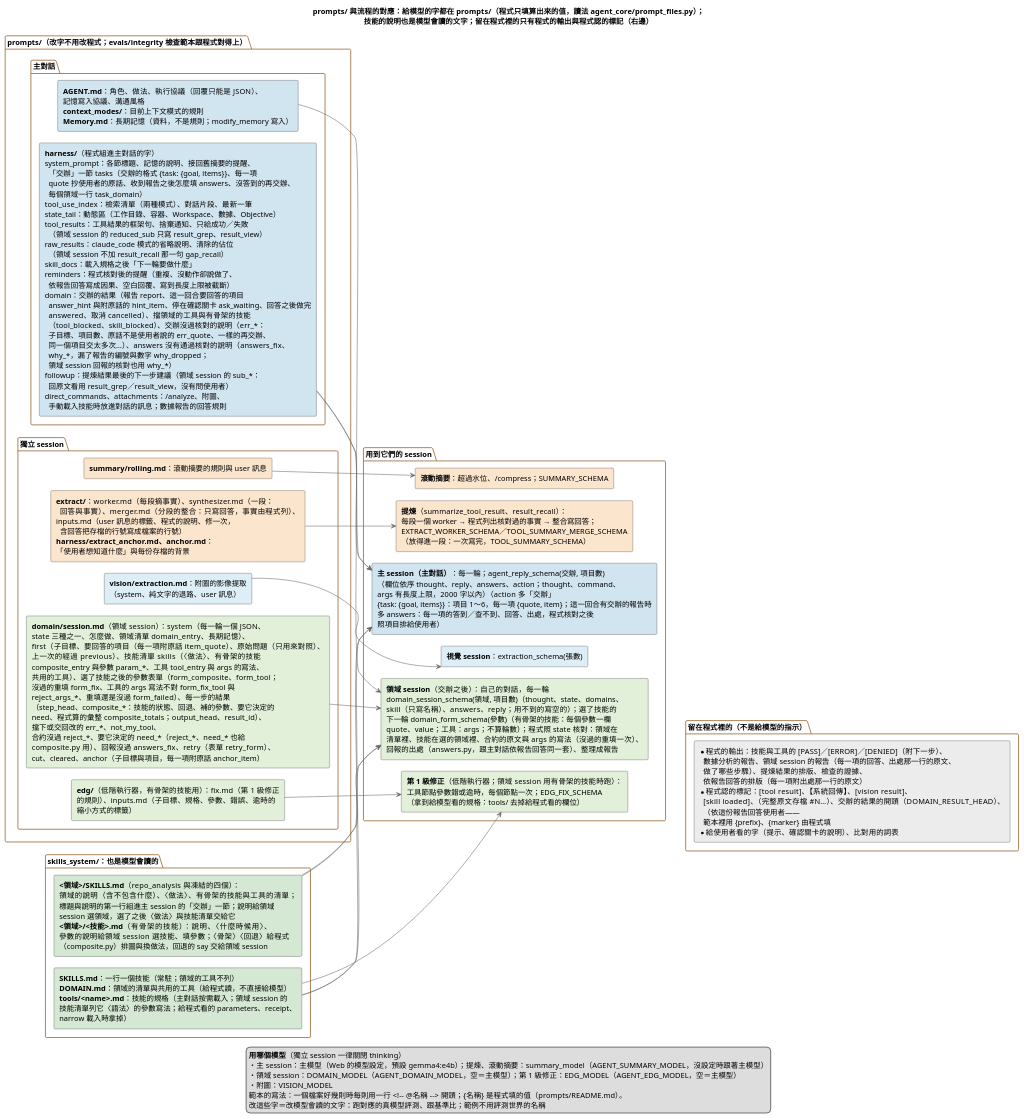
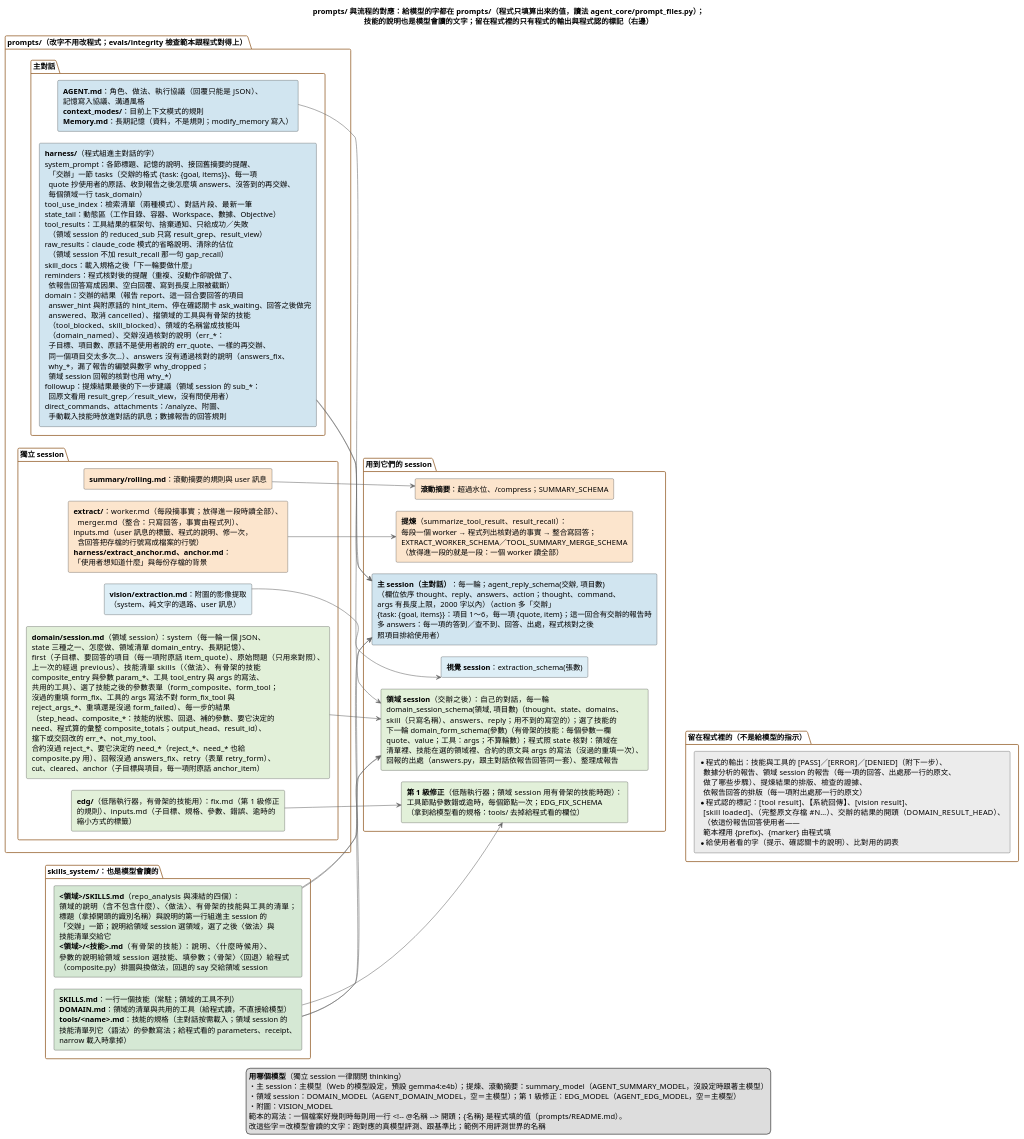
Before and after one commit to DavidZox/Coding_agnet: the diagram in doc/diagrams/prompts與流程的對應.puml, drawn with PlantUML. The commit also changed 21 other files, not shown here.

```diff
--- a/doc/diagrams/prompts與流程的對應.puml
+++ b/doc/diagrams/prompts與流程的對應.puml
@@ -1,184 +1,186 @@
 @startuml
 ' --- 樣式精準控制 ---
 skinparam shadowing false
 skinparam defaultFontName "Microsoft JhengHei"
 skinparam RectangleWidthMax 440
 skinparam PackageBorderColor #996633
 skinparam ArrowColor #666666
 skinparam ranksep 70
 skinparam nodesep 22
 left to right direction
 
 title prompts/ 與流程的對應：給模型的字都在 prompts/（程式只填算出來的值，讀法 agent_core/prompt_files.py）；\n技能的說明也是模型會讀的文字；留在程式裡的只有程式的輸出與程式認的標記（右邊）
 
 package "prompts/（改字不用改程式；evals/integrity 檢查範本跟程式對得上）" {
   package "主對話" {
     rectangle P_AGENT #D1E5F0 [
       **AGENT.md**：角色、做法、執行協議（回覆只能是 JSON）、
       記憶寫入協議、溝通風格
       **context_modes/**：目前上下文模式的規則
       **Memory.md**：長期記憶（資料，不是規則；modify_memory 寫入）
     ]
     rectangle P_HARNESS #D1E5F0 [
       **harness/**（程式組進主對話的字）
       system_prompt：各節標題、記憶的說明、接回舊摘要的提醒、
         「交辦」一節 tasks（交辦的格式 {task: {goal, items}}、每一項
         quote 抄使用者的原話、收到報告之後怎麼填 answers、沒答到的再交辦、
         每個領域一行 task_domain）
       tool_use_index：檢索清單（兩種模式）、對話片段、最新一筆
       state_tail：動態區（工作目錄、容器、Workspace、數據、Objective）
       tool_results：工具結果的框架句、捨棄通知、只給成功／失敗
         （領域 session 的 reduced_sub 只寫 result_grep、result_view）
       raw_results：claude_code 模式的省略說明、清除的佔位
         （領域 session 不加 result_recall 那一句 gap_recall）
       skill_docs：載入規格之後「下一輪要做什麼」
       reminders：程式核對後的提醒（重複、沒動作卻說做了、
         依報告回答寫成因果、空白回覆、寫到長度上限被截斷）
       domain：交辦的結果（報告 report、這一回合要回答的項目
         answer_hint 與附原話的 hint_item、停在確認關卡 ask_waiting、回答之後做完
         answered、取消 cancelled）、擋領域的工具與有骨架的技能
-        （tool_blocked、skill_blocked）、交辦沒過核對的說明（err_*：
+        （tool_blocked、skill_blocked）、領域的名稱當成技能叫
+        （domain_named）、交辦沒過核對的說明（err_*：
         子目標、項目數、原話不是使用者說的 err_quote、一樣的再交辦、
         同一個項目交太多次…）、answers 沒有通過核對的說明（answers_fix、
         why_*，漏了報告的編號與數字 why_dropped；
         領域 session 回報的核對也用 why_*）
       followup：提煉結果最後的下一步建議（領域 session 的 sub_*：
         回原文看用 result_grep／result_view，沒有問使用者）
       direct_commands、attachments：/analyze、附圖、
         手動載入技能時放進對話的訊息；數據報告的回答規則
     ]
   }
   package "獨立 session" {
     rectangle P_SUMMARY #FCE5CD [
       **summary/rolling.md**：滾動摘要的規則與 user 訊息
     ]
     rectangle P_EXTRACT #FCE5CD [
-      **extract/**：worker.md（每段摘事實）、synthesizer.md（一段：
-        回答與事實）、merger.md（分段的整合：只寫回答，事實由程式列）、
+      **extract/**：worker.md（每段摘事實；放得進一段時讀全部）、
+        merger.md（整合：只寫回答，事實由程式列）、
       inputs.md（user 訊息的標籤、程式的說明、修一次，
         含回答把存檔的行號寫成檔案的行號）
       **harness/extract_anchor.md、anchor.md**：
       「使用者想知道什麼」與每份存檔的背景
     ]
     rectangle P_VISION #DDEEF6 [
       **vision/extraction.md**：附圖的影像提取
       （system、純文字的退路、user 訊息）
     ]
     rectangle P_EDG #E2F0D9 [
       **edg/**（低階執行器，有骨架的技能用）：fix.md（第 1 級修正
       的規則）、inputs.md（子目標、規格、參數、錯誤、逾時的
       縮小方式的標籤）
     ]
     rectangle P_DOMAIN #E2F0D9 [
       **domain/session.md**（領域 session）：system（每一輪一個 JSON、
       state 三種之一、怎麼做、領域清單 domain_entry、長期記憶）、
       first（子目標、要回答的項目（每一項附原話 item_quote）、原始問題（只用來對照）、
       上一次的經過 previous）、技能清單 skills（〈做法〉、有骨架的技能
       composite_entry 與參數 param_*、工具 tool_entry 與 args 的寫法、
       共用的工具）、選了技能之後的參數表單（form_composite、form_tool；
       沒過的重填 form_fix、工具的 args 寫法不對 form_fix_tool 與
       reject_args_*、重填還是沒過 form_failed）、每一步的結果
       （step_head、composite_*：技能的狀態、回退、補的參數、要它決定的
       need、程式算的彙整 composite_totals；output_head、result_id）、
       擋下或交回改的 err_*、not_my_tool、
       合約沒過 reject_*、要它決定的 need_*（reject_*、need_* 也給
       composite.py 用）、回報沒過 answers_fix、retry（表單 retry_form）、
       cut、cleared、anchor（子目標與項目，每一項附原話 anchor_item）
     ]
   }
 }
 
 package "skills_system/：也是模型會讀的" {
   rectangle K_ALL #D5E8D4 [
     **SKILLS.md**：一行一個技能（常駐；領域的工具不列）
     **DOMAIN.md**：領域的清單與共用的工具（給程式讀，不直接給模型）
     **tools/<name>.md**：技能的規格（主對話按需載入；領域 session 的
     技能清單列它〈語法〉的參數寫法；給程式看的 parameters、receipt、
     narrow 載入時拿掉）
   ]
   rectangle K_DOMAIN #D5E8D4 [
     **<領域>/SKILLS.md**（repo_analysis 與凍結的四個）：
     領域的說明（含不包含什麼）、〈做法〉、有骨架的技能與工具的清單；
-    標題與說明的第一行組進主 session 的「交辦」一節；說明給領域
-    session 選領域，選了之後〈做法〉與技能清單交給它
+    標題（拿掉開頭的識別名稱）與說明的第一行組進主 session 的
+    「交辦」一節；說明給領域 session 選領域，選了之後〈做法〉與
+    技能清單交給它
     **<領域>/<技能>.md**（有骨架的技能）：說明、〈什麼時候用〉、
     參數的說明給領域 session 選技能、填參數；〈骨架〉〈回退〉給程式
     （composite.py）排圖與換做法，回退的 say 交給領域 session
   ]
 }
 
 package "用到它們的 session" {
   rectangle S_MAIN #D1E5F0 [
     **主 session（主對話）**：每一輪；agent_reply_schema(交辦, 項目數)
     （欄位依序 thought、reply、answers、action；thought、command、
     args 有長度上限，2000 字以內）（action 多「交辦」
     {task: {goal, items}}：項目 1～6，每一項 {quote, item}；這一回合有交辦的報告時
     多 answers：每一項的答到／查不到、回答、出處，程式核對之後
     照項目排給使用者）
   ]
   rectangle S_DOMAIN #E2F0D9 [
     **領域 session**（交辦之後）：自己的對話，每一輪
     domain_session_schema(領域, 項目數)（thought、state、domains、
     skill（只寫名稱）、answers、reply；用不到的寫空的）；選了技能的
     下一輪 domain_form_schema(參數)（有骨架的技能：每個參數一欄
     quote、value；工具：args；不算輪數）；程式照 state 核對：領域在
     清單裡、技能在選的領域裡、合約的原文與 args 的寫法（沒過的重填一次）、
     回報的出處（answers.py，跟主對話依報告回答同一套）、整理成報告
   ]
   rectangle S_SUMMARY #FCE5CD [
     **滾動摘要**：超過水位、/compress；SUMMARY_SCHEMA
   ]
   rectangle S_EXTRACT #FCE5CD [
     **提煉**（summarize_tool_result、result_recall）：
     每段一個 worker → 程式列出核對過的事實 → 整合寫回答；
     EXTRACT_WORKER_SCHEMA／TOOL_SUMMARY_MERGE_SCHEMA
-    （放得進一段：一次寫完，TOOL_SUMMARY_SCHEMA）
+    （放得進一段的就是一段：一個 worker 讀全部）
   ]
   rectangle S_VISION #DDEEF6 [
     **視覺 session**：extraction_schema(張數)
   ]
   rectangle S_EDG #E2F0D9 [
     **第 1 級修正**（低階執行器；領域 session 用有骨架的技能時跑）：
     工具節點參數錯或逾時，每個節點一次；EDG_FIX_SCHEMA
     （拿到給模型看的規格：tools/ 去掉給程式看的欄位）
   ]
 }
 
 package "留在程式裡的（不是給模型的指示）" {
   rectangle C_LIST #ECECEC [
     * 程式的輸出：技能與工具的 [PASS]／[ERROR]／[DENIED]（附下一步）、
       數據分析的報告、領域 session 的報告（每一項的回答、出處那一行的原文、
       做了哪些步驟）、提煉結果的排版、檢查的證據、
       依報告回答的排版（每一項附出處那一行的原文）
     * 程式認的標記：[tool result]、【系統回傳】、[vision result]、
       [skill loaded]、（完整原文存檔 #N…）、交辦的結果的開頭（DOMAIN_RESULT_HEAD）、
       （依這份報告回答使用者——
       範本裡用 {prefix}、{marker} 由程式填
     * 給使用者看的字（提示、確認關卡的說明）、比對用的詞表
   ]
 }
 
 P_AGENT --> S_MAIN
 P_HARNESS --> S_MAIN
 K_ALL --> S_MAIN
 P_SUMMARY --> S_SUMMARY
 P_EXTRACT --> S_EXTRACT
 P_VISION --> S_VISION
 P_EDG --> S_EDG
 K_ALL --> S_EDG
 P_DOMAIN --> S_DOMAIN
 P_HARNESS --> S_DOMAIN
 K_DOMAIN --> S_DOMAIN
 K_ALL --> S_DOMAIN
 K_DOMAIN --> S_MAIN
 S_EDG -[hidden]-> C_LIST
 
 legend bottom
   **用哪個模型**（獨立 session 一律關閉 thinking）
   ・主 session：主模型（Web 的模型設定，預設 gemma4:e4b）；提煉、滾動摘要：summary_model（AGENT_SUMMARY_MODEL，沒設定時跟著主模型）
   ・領域 session：DOMAIN_MODEL（AGENT_DOMAIN_MODEL，空＝主模型）；第 1 級修正：EDG_MODEL（AGENT_EDG_MODEL，空＝主模型）
   ・附圖：VISION_MODEL
   範本的寫法：一個檔案好幾則時每則用一行 <!~-- @名稱 ~--> 開頭；{名稱} 是程式填的值（prompts/README.md）。
   改這些字＝改模型會讀的文字：跑對應的真模型評測、跟基準比；範例不用評測世界的名稱
 endlegend
 @enduml
```
